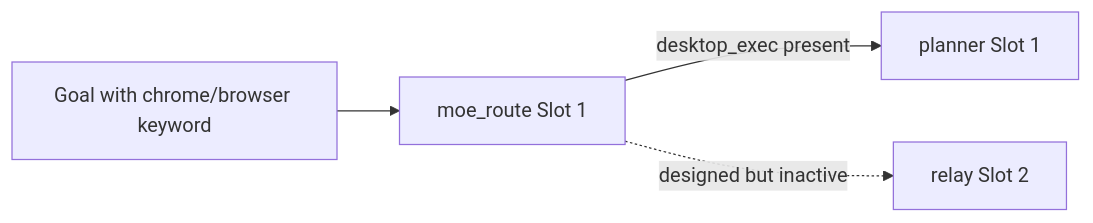
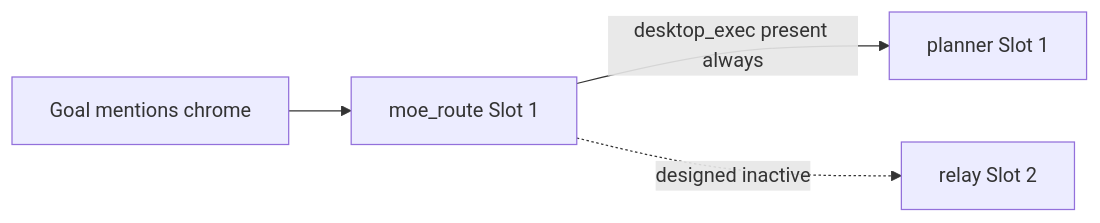
The tenth of 11 diagrams in README.md (wgabrys88/endgame-ai), drawn with Mermaid before and after one commit. The commit also changed other lines of this file, not shown here.

Commit message:
docs: finalize README — operator progress, exhaustive mermaid, handoffs, Deep Research prompt

````diff
--- a/README.md
+++ b/README.md
@@ -528,11 +724,11 @@
 ```mermaid
 flowchart LR
-    G[Goal with chrome/browser keyword]
+    G[Goal mentions chrome]
     M[moe_route Slot 1]
     P[planner Slot 1]
     R[relay Slot 2]
 
     G --> M
-    M -->|desktop_exec present| P
-    M -.->|designed but inactive| R
+    M -->|desktop_exec present always| P
+    M -.->|designed inactive| R
 ```
````
